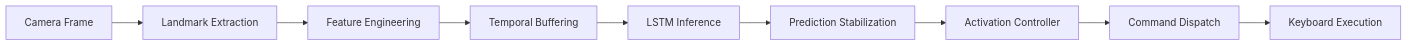
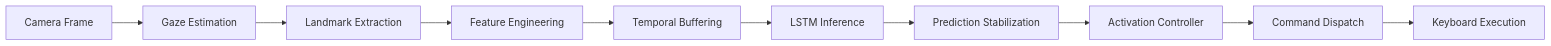
Before and after one commit to ntsrigaud/Maestro: the diagram in docs/architecture/system-overview.md, drawn with Mermaid. The commit also changed other lines of this file, not shown here.

First line of the commit message:
docs: integrate gaze estimation stage into system overview pipeline

````diff
--- a/docs/architecture/system-overview.md
+++ b/docs/architecture/system-overview.md
@@ -64,11 +64,12 @@
 ```mermaid
 graph LR
-    A[Camera Frame] --> B[Landmark Extraction]
-    B --> C[Feature Engineering]
-    C --> D[Temporal Buffering]
-    D --> E[LSTM Inference]
-    E --> F[Prediction Stabilization]
-    F --> G[Activation Controller]
-    G --> H[Command Dispatch]
-    H --> I[Keyboard Execution]
+    A[Camera Frame] --> B[Gaze Estimation]
+    B --> C[Landmark Extraction]
+    C --> D[Feature Engineering]
+    D --> E[Temporal Buffering]
+    E --> F[LSTM Inference]
+    F --> G[Prediction Stabilization]
+    G --> H[Activation Controller]
+    H --> I[Command Dispatch]
+    I --> J[Keyboard Execution]
 ```
````
